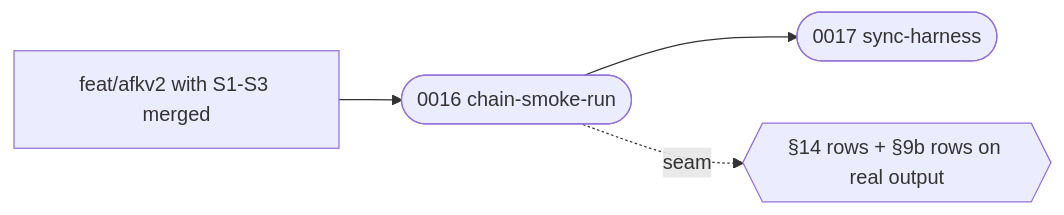
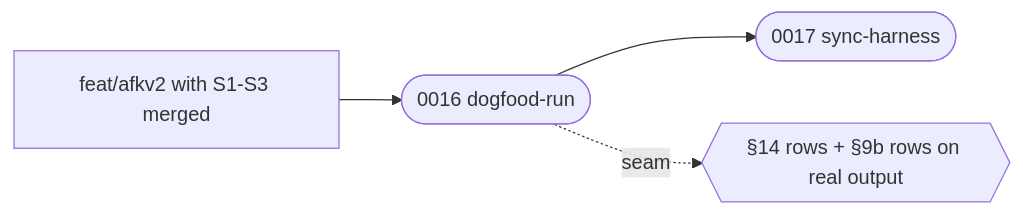
One commit to midnightblur/afk-driver changed the diagram in docs/afk/afkv2/plan-s4/PLAN.md. Above: the diagram before and after it, drawn with Mermaid. The commit also changed other lines of this file and 6 other files, not shown here.

First line of the commit message:
afkv2: dogfood run replaces the toy-repository smoke run

````diff
--- a/docs/afk/afkv2/plan-s4/PLAN.md
+++ b/docs/afk/afkv2/plan-s4/PLAN.md
@@ -49,6 +52,6 @@
 ```mermaid
 flowchart LR
-  M["feat/afkv2 with S1-S3 merged"] --> T16([0016 chain-smoke-run])
+  M["feat/afkv2 with S1-S3 merged"] --> T16([0016 dogfood-run])
   T16 --> T17([0017 sync-harness])
   T16 -. seam .-> S1{{"§14 rows + §9b rows on real output"}}
 ```
````
